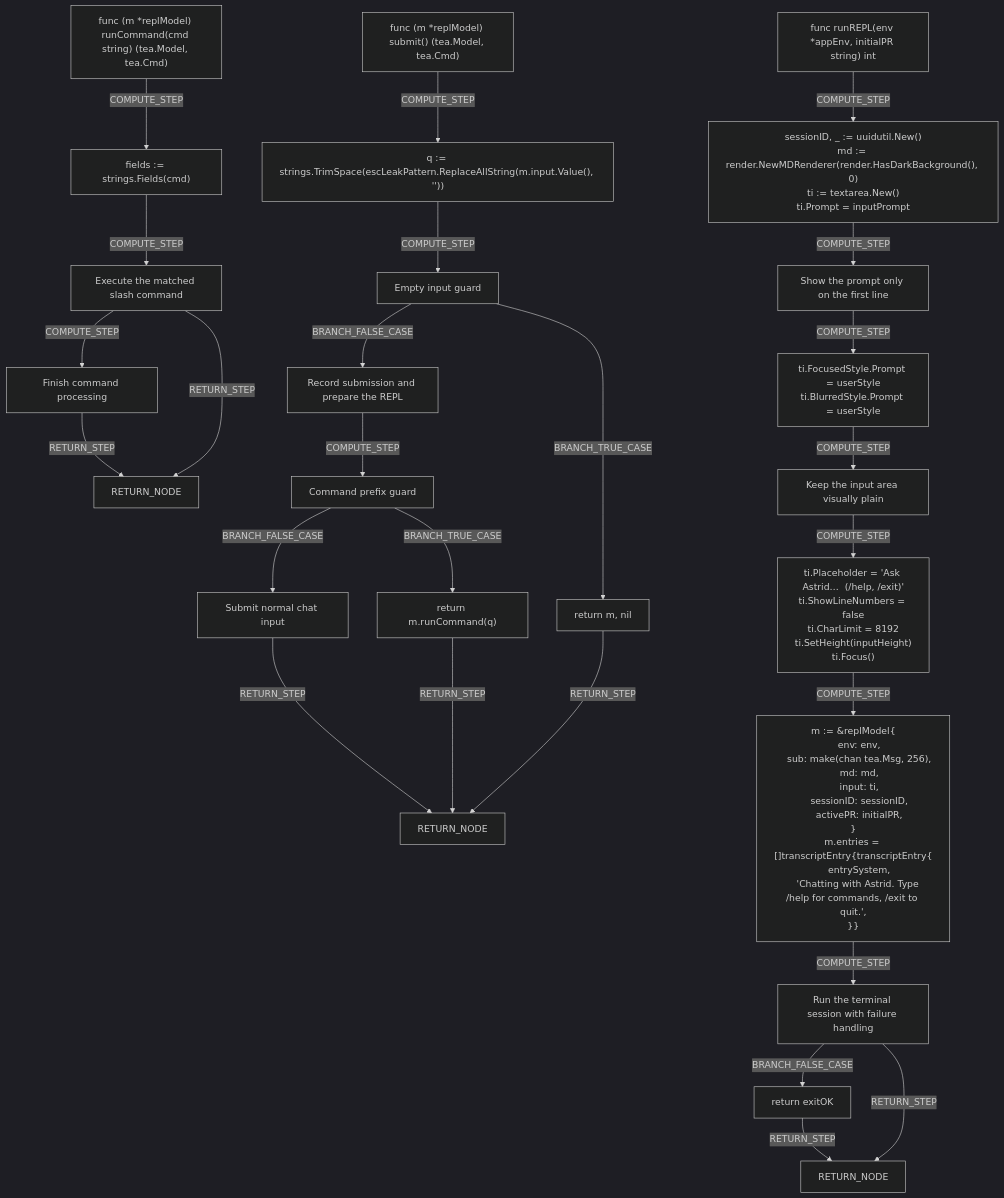
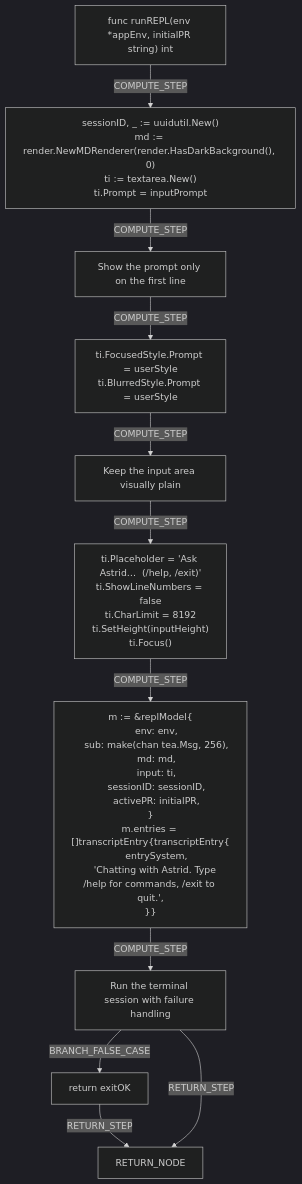
Before and after one commit to abstraction-dev/cli: the diagram in docs/repl.md, drawn with Mermaid (dark theme). The commit also changed other lines of this file, not shown here.

Commit message:
docs: update Interactive Mode (REPL)

````diff
--- a/docs/repl.md
+++ b/docs/repl.md
@@ -7,72 +11,43 @@
 ```mermaid
 flowchart TD
     N1["func runREPL(env *appEnv, initialPR string) int"]
     N2["RETURN_NODE"]
-    N3["func (m *replModel) submit() (tea.Model, tea.Cmd)"]
-    N4["RETURN_NODE"]
-    N5["func (m *replModel) runCommand(cmd string) (tea.Model, tea.Cmd)"]
-    N6["RETURN_NODE"]
-    N7["return exitOK"]
-    N8["Run the terminal session with failure handling"]
-    N12["m := &replModel{
+    N3["return exitOK"]
+    N4["Run the terminal session with failure handling"]
+    N8["m := &replModel{
     env: env,
     sub: make(chan tea.Msg, 256),
     md: md,
     input: ti,
     sessionID: sessionID,
     activePR: initialPR,
 }
 m.entries = []transcriptEntry{transcriptEntry{
     entrySystem,
     'Chatting with Astrid. Type /help for commands, /exit to quit.',
 }}"]
-    N13["ti.Placeholder = 'Ask Astrid…  (/help, /exit)'
+    N9["ti.Placeholder = 'Ask Astrid…  (/help, /exit)'
 ti.ShowLineNumbers = false
 ti.CharLimit = 8192
 ti.SetHeight(inputHeight)
 ti.Focus()"]
-    N14["Keep the input area visually plain"]
-    N16["ti.FocusedStyle.Prompt = userStyle
+    N10["Keep the input area visually plain"]
+    N12["ti.FocusedStyle.Prompt = userStyle
 ti.BlurredStyle.Prompt = userStyle"]
-    N17["Show the prompt only on the first line"]
-    N19["sessionID, _ := uuidutil.New()
+    N13["Show the prompt only on the first line"]
+    N15["sessionID, _ := uuidutil.New()
 md := render.NewMDRenderer(render.HasDarkBackground(), 0)
 ti := textarea.New()
 ti.Prompt = inputPrompt"]
-    N20["Submit normal chat input"]
-    N23["Command prefix guard"]
-    N25["return m.runCommand(q)"]
-    N26["Record submission and prepare the REPL"]
-    N28["Empty input guard"]
-    N30["return m, nil"]
-    N31["q := strings.TrimSpace(escLeakPattern.ReplaceAllString(m.input.Value(), ''))"]
-    N32["Finish command processing"]
-    N34["Execute the matched slash command"]
-    N57["fields := strings.Fields(cmd)"]
-    N7 -->|RETURN_STEP| N2
-    N8 -->|RETURN_STEP| N2
-    N8 -->|BRANCH_FALSE_CASE| N7
-    N12 -->|COMPUTE_STEP| N8
+    N3 -->|RETURN_STEP| N2
+    N4 -->|RETURN_STEP| N2
+    N4 -->|BRANCH_FALSE_CASE| N3
+    N8 -->|COMPUTE_STEP| N4
+    N9 -->|COMPUTE_STEP| N8
+    N10 -->|COMPUTE_STEP| N9
+    N12 -->|COMPUTE_STEP| N10
     N13 -->|COMPUTE_STEP| N12
-    N14 -->|COMPUTE_STEP| N13
-    N16 -->|COMPUTE_STEP| N14
-    N17 -->|COMPUTE_STEP| N16
-    N19 -->|COMPUTE_STEP| N17
-    N1 -->|COMPUTE_STEP| N19
-    N20 -->|RETURN_STEP| N4
-    N25 -->|RETURN_STEP| N4
-    N23 -->|BRANCH_TRUE_CASE| N25
-    N23 -->|BRANCH_FALSE_CASE| N20
-    N26 -->|COMPUTE_STEP| N23
-    N30 -->|RETURN_STEP| N4
-    N28 -->|BRANCH_TRUE_CASE| N30
-    N28 -->|BRANCH_FALSE_CASE| N26
-    N31 -->|COMPUTE_STEP| N28
-    N3 -->|COMPUTE_STEP| N31
-    N32 -->|RETURN_STEP| N6
-    N34 -->|COMPUTE_STEP| N32
-    N34 -->|RETURN_STEP| N6
-    N57 -->|COMPUTE_STEP| N34
-    N5 -->|COMPUTE_STEP| N57
+    N15 -->|COMPUTE_STEP| N13
+    N1 -->|COMPUTE_STEP| N15
 
 ```
````
